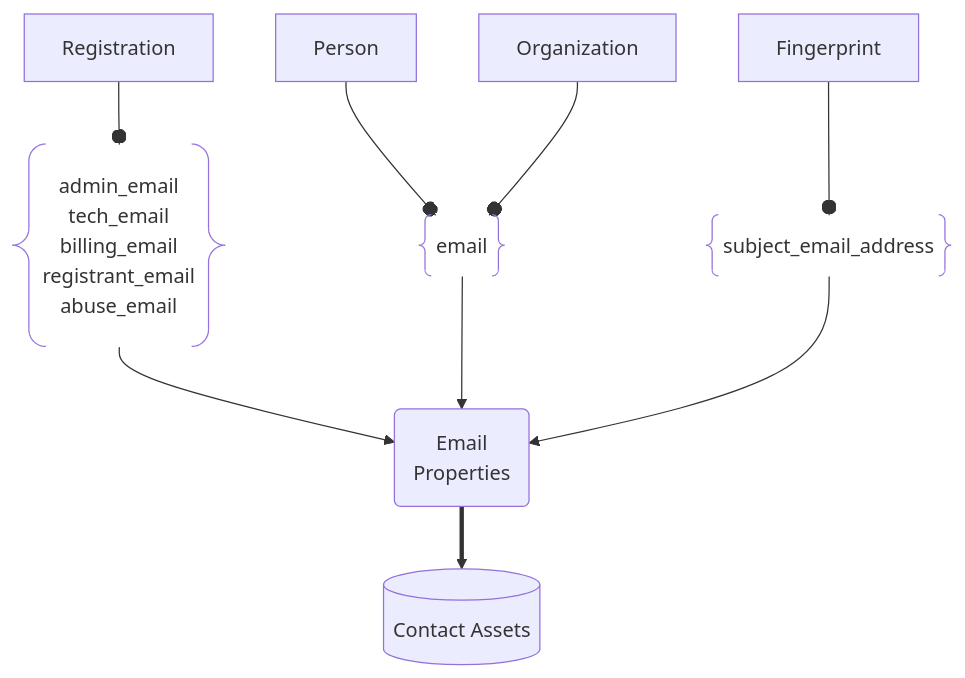
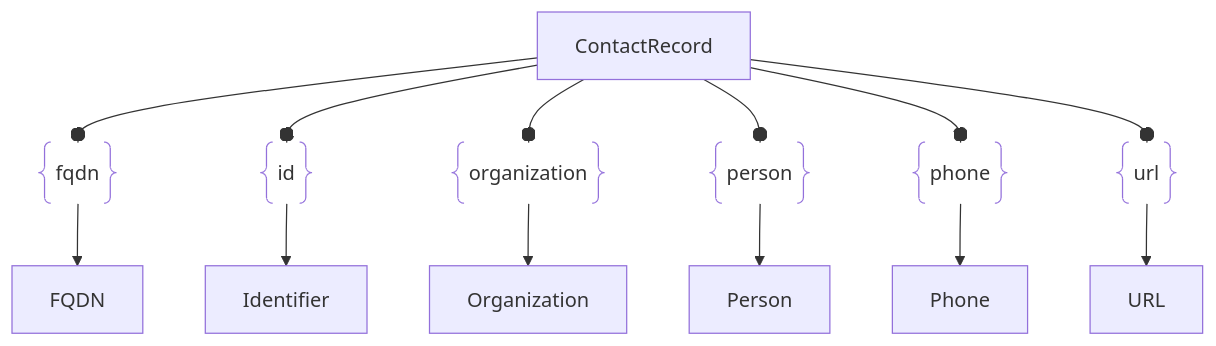
The diagram in docs/open_asset_model/assets/contact_record.md (owasp-amass/docs), drawn with Mermaid before and after one commit. The commit also changed other lines of this file and 3 other files, not shown here.

Commit message:
getting the first few assets in good shape

````diff
--- a/docs/open_asset_model/assets/contact_record.md
+++ b/docs/open_asset_model/assets/contact_record.md
@@ -38,32 +13,34 @@
-``` mermaid
+```mermaid
 graph TD
-Contact[("Contact Assets")]
-Email("Email
-Properties")
+contact["ContactRecord"]
+fqdn["FQDN"]
 
-Email ==> Contact
+simple1@{ shape: braces, label: "fqdn"}
+contact --o simple1
+simple1 --> fqdn
 
-Person["Person"]
-Organization["Organization"]
-TLSCertificate["Fingerprint"]
-Registration["Registration"]
+id["Identifier"]
+simple2@{ shape: braces, label: "id"}
+contact --o simple2
+simple2 --> id
 
-registrationEmail@{ shape: braces, label: "admin_email
-tech_email
-billing_email
-registrant_email
-abuse_email"}
+org["Organization"]
+simple3@{ shape: braces, label: "organization"}
+contact --o simple3
+simple3 --> org
 
-personEmail@{ shape: braces, label: "email"}
-tlsEmail@{ shape: braces, label: "subject_email_address"}
+person["Person"]
+simple4@{ shape: braces, label: "person"}
+contact --o simple4
+simple4 --> person
 
-registrationEmail --> Email
-Registration --o registrationEmail
+phone["Phone"]
+simple5@{ shape: braces, label: "phone"}
+contact --o simple5
+simple5 --> phone
 
-personEmail --> Email
-Person --o personEmail
-Organization --o personEmail 
-
-tlsEmail --> Email
-TLSCertificate --o tlsEmail
+url["URL"]
+simple6@{ shape: braces, label: "url"}
+contact --o simple6
+simple6 --> url
 ```
````
